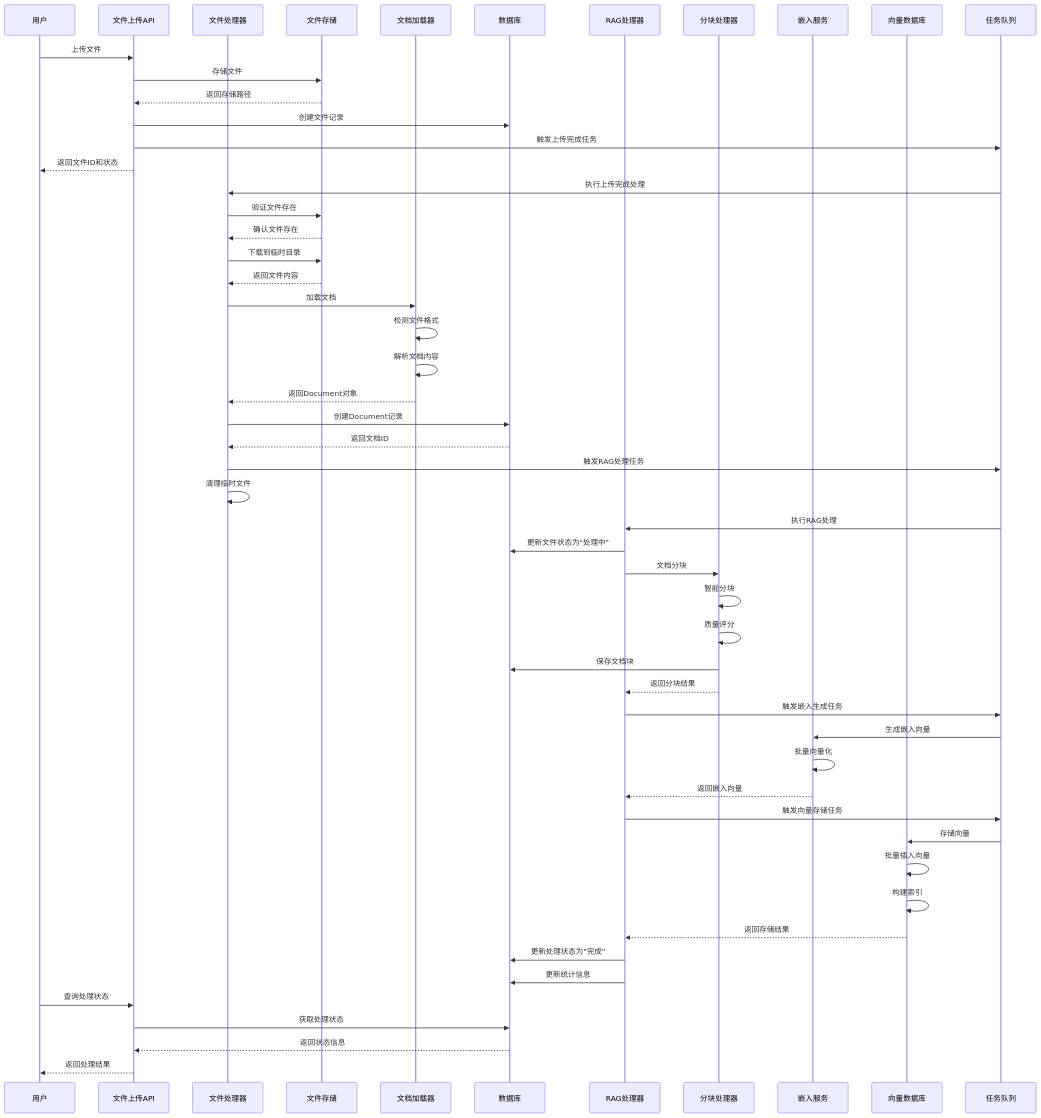
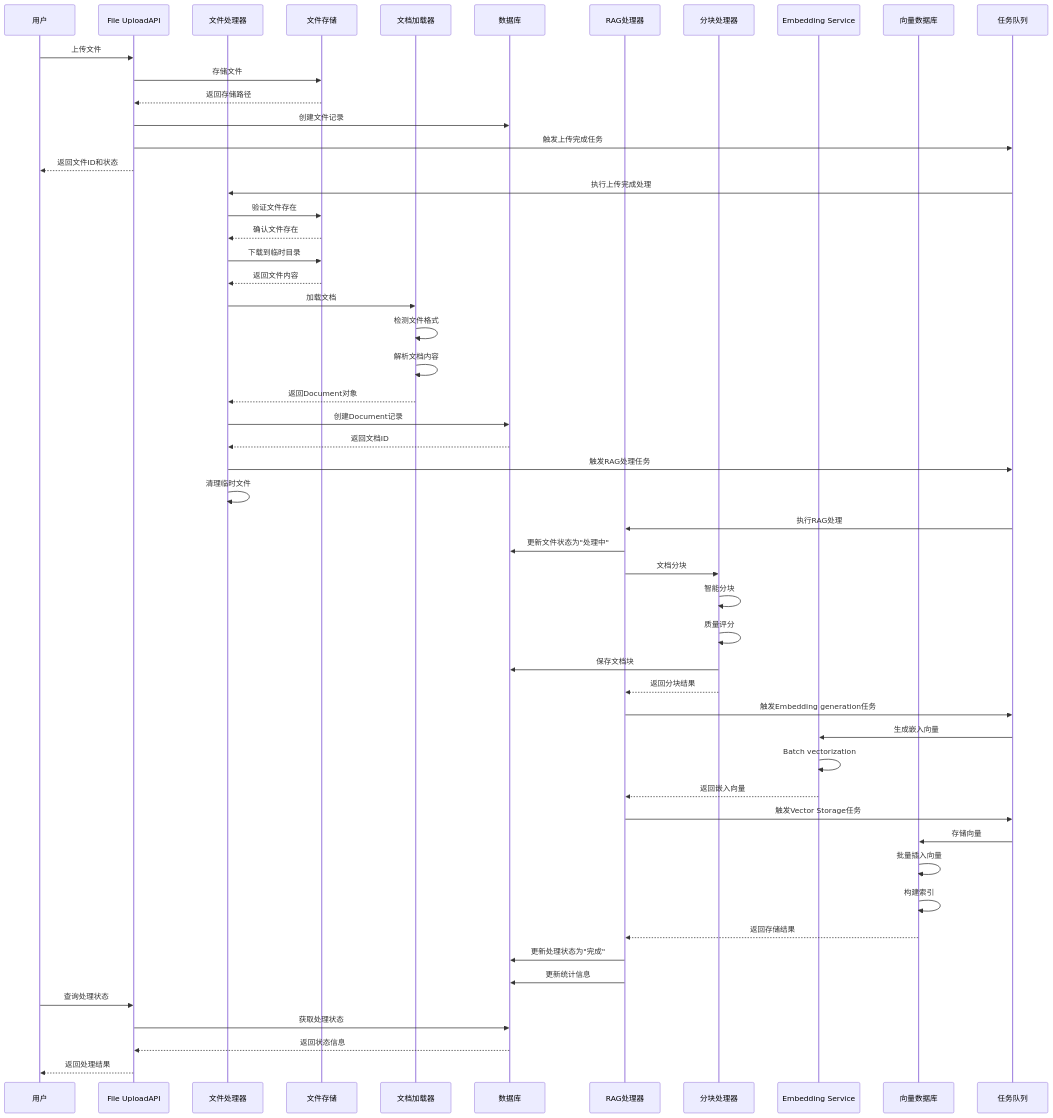
One commit to guangtouwangba/weaver changed the first of 5 diagrams in docs/rag-processing-sequence-diagram.md. Above: the diagram before and after it, drawn with Mermaid. The commit also changed other lines of this file and 9 other files, not shown here.

Commit message:
Complete translation of SQL schema and key config files

````diff
--- a/docs/rag-processing-sequence-diagram.md
+++ b/docs/rag-processing-sequence-diagram.md
@@ -7,75 +7,75 @@
 ```mermaid
 sequenceDiagram
     participant User as 用户
-    participant API as 文件上传API
+    participant API as File UploadAPI
     participant FileHandler as 文件处理器
     participant Storage as 文件存储
     participant DocLoader as 文档加载器
     participant DB as 数据库
     participant RAGHandler as RAG处理器
     participant Chunker as 分块处理器
-    participant Embedder as 嵌入服务
+    participant Embedder as Embedding Service
     participant VectorDB as 向量数据库
     participant Queue as 任务队列
     
-    %% 文件上传阶段
+    %% File Upload阶段
     User->>API: 上传文件
     API->>Storage: 存储文件
     Storage-->>API: 返回存储路径
     API->>DB: 创建文件记录
     API->>Queue: 触发上传完成任务
     API-->>User: 返回文件ID和状态
     
-    %% 文件处理阶段
+    %% 文件Processing Stages
     Queue->>FileHandler: 执行上传完成处理
     FileHandler->>Storage: 验证文件存在
     Storage-->>FileHandler: 确认文件存在
     FileHandler->>Storage: 下载到临时目录
     Storage-->>FileHandler: 返回文件内容
     
     %% 文档加载阶段
     FileHandler->>DocLoader: 加载文档
     DocLoader->>DocLoader: 检测文件格式
     DocLoader->>DocLoader: 解析文档内容
     DocLoader-->>FileHandler: 返回Document对象
     
     %% 创建文档记录
     FileHandler->>DB: 创建Document记录
     DB-->>FileHandler: 返回文档ID
     FileHandler->>Queue: 触发RAG处理任务
     FileHandler->>FileHandler: 清理临时文件
     
-    %% RAG处理阶段
+    %% RAGProcessing Stages
     Queue->>RAGHandler: 执行RAG处理
     RAGHandler->>DB: 更新文件状态为"处理中"
     RAGHandler->>Chunker: 文档分块
     
     %% 分块处理
     Chunker->>Chunker: 智能分块
     Chunker->>Chunker: 质量评分
     Chunker->>DB: 保存文档块
     Chunker-->>RAGHandler: 返回分块结果
     
-    %% 嵌入生成
-    RAGHandler->>Queue: 触发嵌入生成任务
+    %% Embedding generation
+    RAGHandler->>Queue: 触发Embedding generation任务
     Queue->>Embedder: 生成嵌入向量
-    Embedder->>Embedder: 批量向量化
+    Embedder->>Embedder: Batch vectorization
     Embedder-->>RAGHandler: 返回嵌入向量
     
-    %% 向量存储
-    RAGHandler->>Queue: 触发向量存储任务
+    %% Vector Storage
+    RAGHandler->>Queue: 触发Vector Storage任务
     Queue->>VectorDB: 存储向量
     VectorDB->>VectorDB: 批量插入向量
     VectorDB->>VectorDB: 构建索引
     VectorDB-->>RAGHandler: 返回存储结果
     
     %% 完成处理
     RAGHandler->>DB: 更新处理状态为"完成"
     RAGHandler->>DB: 更新统计信息
     
     %% 用户查询状态
     User->>API: 查询处理状态
     API->>DB: 获取处理状态
     DB-->>API: 返回状态信息
     API-->>User: 返回处理结果
 ```
````
